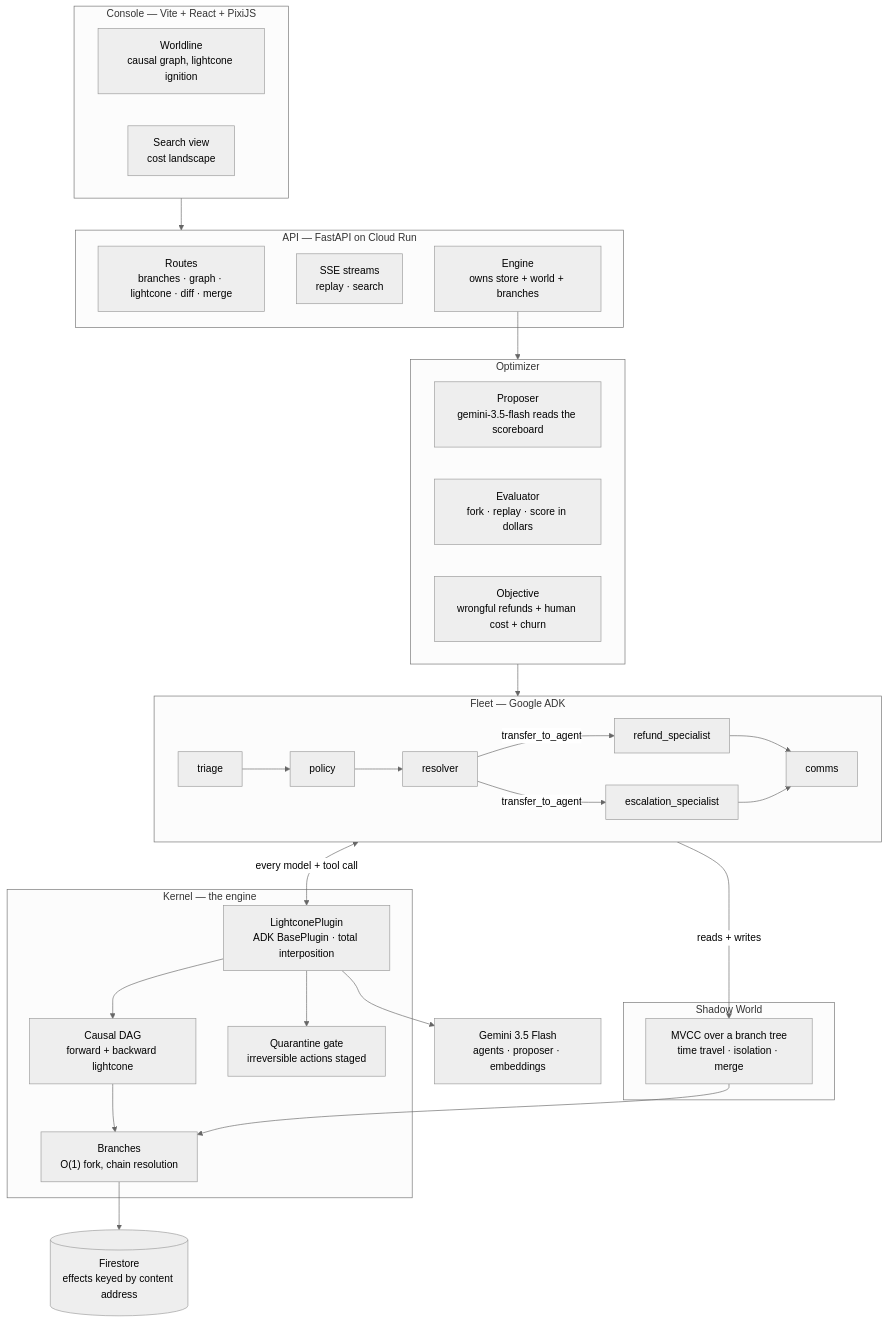
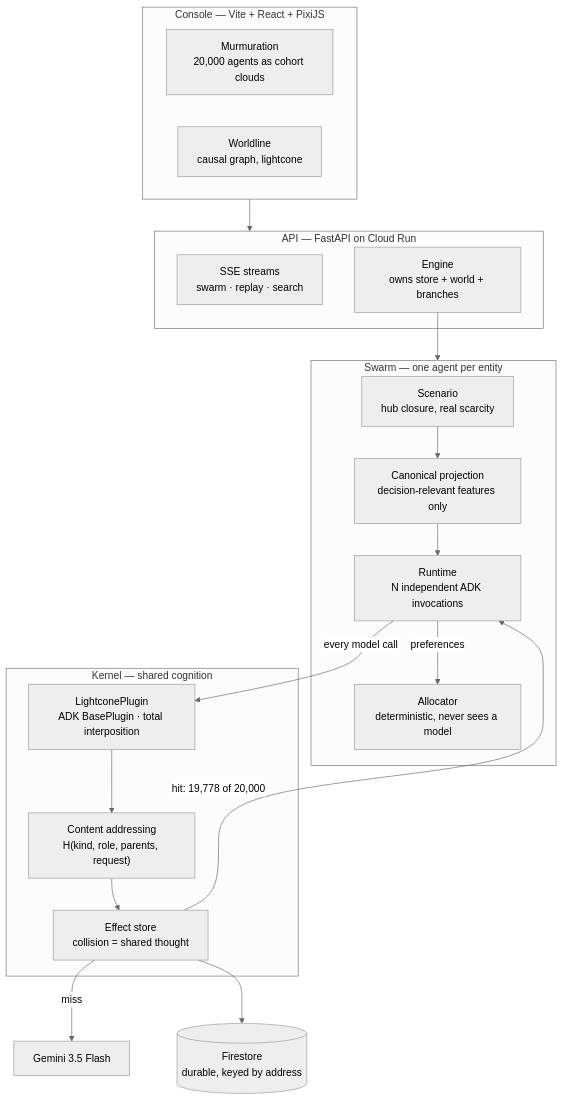
Before and after one commit to iamdflame/chorus: the diagram in docs/ARCHITECTURE.md, drawn with Mermaid (neutral theme). The commit also changed other lines of this file and 2 other files, not shown here.

````diff
--- a/docs/ARCHITECTURE.md
+++ b/docs/ARCHITECTURE.md
@@ -5,53 +5,38 @@
 ```mermaid
 flowchart TB
     subgraph console["Console — Vite + React + PixiJS"]
-        WL["Worldline<br/>causal graph, lightcone ignition"]
-        SV["Search view<br/>cost landscape"]
+        MU["Murmuration<br/>20,000 agents as cohort clouds"]
+        WL["Worldline<br/>causal graph, lightcone"]
     end
 
     subgraph api["API — FastAPI on Cloud Run"]
-        RT["Routes<br/>branches · graph · lightcone · diff · merge"]
-        SSE["SSE streams<br/>replay · search"]
+        SSE["SSE streams<br/>swarm · replay · search"]
         ENG["Engine<br/>owns store + world + branches"]
     end
 
-    subgraph opt["Optimizer"]
-        PROP["Proposer<br/>gemini-3.5-flash reads the scoreboard"]
-        EVAL["Evaluator<br/>fork · replay · score in dollars"]
-        OBJ["Objective<br/>wrongful refunds + human cost + churn"]
+    subgraph swarm["Swarm — one agent per entity"]
+        SC["Scenario<br/>hub closure, real scarcity"]
+        CP["Canonical projection<br/>decision-relevant features only"]
+        RT["Runtime<br/>N independent ADK invocations"]
+        AL["Allocator<br/>deterministic, never sees a model"]
     end
 
-    subgraph fleet["Fleet — Google ADK"]
-        TR["triage"] --> PO["policy"] --> RE["resolver"]
-        RE -->|transfer_to_agent| RF["refund_specialist"]
-        RE -->|transfer_to_agent| ES["escalation_specialist"]
-        RF --> CO["comms"]
-        ES --> CO
+    subgraph kernel["Kernel — shared cognition"]
+        IP["LightconePlugin<br/>ADK BasePlugin · total interposition"]
+        AD["Content addressing<br/>H(kind, role, parents, request)"]
+        ST["Effect store<br/>collision = shared thought"]
     end
 
-    subgraph kernel["Kernel — the engine"]
-        IP["LightconePlugin<br/>ADK BasePlugin · total interposition"]
-        DAG["Causal DAG<br/>forward + backward lightcone"]
-        BR["Branches<br/>O(1) fork, chain resolution"]
-        QU["Quarantine gate<br/>irreversible actions staged"]
-    end
-
-    subgraph world["Shadow World"]
-        MV["MVCC over a branch tree<br/>time travel · isolation · merge"]
-    end
-
-    GEM["Gemini 3.5 Flash<br/>agents · proposer · embeddings"]
-    FS[("Firestore<br/>effects keyed by content address")]
+    GEM["Gemini 3.5 Flash"]
+    FS[("Firestore<br/>durable, keyed by address")]
 
     console --> api
-    ENG --> opt
-    opt --> fleet
-    fleet <-->|every model + tool call| IP
-    IP --> GEM
-    IP --> DAG
-    IP --> QU
-    DAG --> BR
-    BR --> FS
-    fleet -->|reads + writes| MV
-    MV --> BR
+    ENG --> swarm
+    SC --> CP --> RT
+    RT -->|every model call| IP
+    IP --> AD --> ST
+    ST -->|miss| GEM
+    ST -->|hit: 19,778 of 20,000| RT
+    RT -->|preferences| AL
+    ST --> FS
 ```
````
